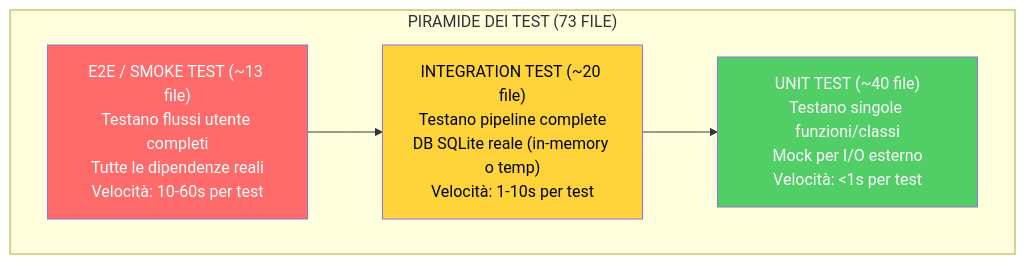
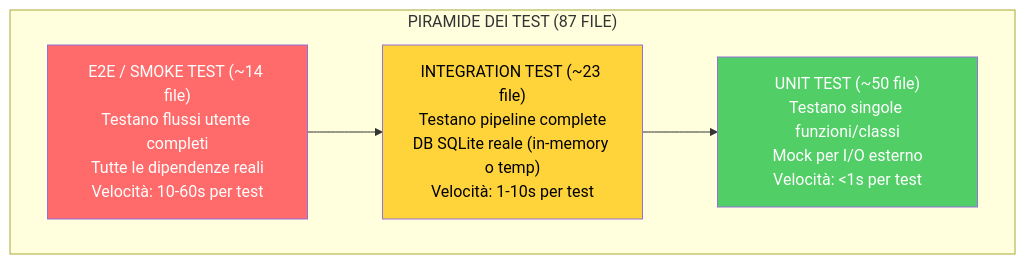
Diagram 42 of 55 in docs/Book-Coach-3.md (renanaugustomacena-ux/Counter-Strike-coach-AI), drawn with Mermaid before and after one commit. The commit also changed other lines of this file and 115 other files, not shown here.

````diff
--- a/docs/Book-Coach-3.md
+++ b/docs/Book-Coach-3.md
@@ -2238,12 +2238,12 @@
 ```mermaid
 flowchart TB
-    subgraph PYRAMID["PIRAMIDE DEI TEST (73 FILE)"]
-        UNIT["UNIT TEST (~40 file)<br/>Testano singole funzioni/classi<br/>Mock per I/O esterno<br/>Velocità: <1s per test"]
-        INTEG["INTEGRATION TEST (~20 file)<br/>Testano pipeline complete<br/>DB SQLite reale (in-memory o temp)<br/>Velocità: 1-10s per test"]
-        E2E["E2E / SMOKE TEST (~13 file)<br/>Testano flussi utente completi<br/>Tutte le dipendenze reali<br/>Velocità: 10-60s per test"]
+    subgraph PYRAMID["PIRAMIDE DEI TEST (87 FILE)"]
+        UNIT["UNIT TEST (~50 file)<br/>Testano singole funzioni/classi<br/>Mock per I/O esterno<br/>Velocità: <1s per test"]
+        INTEG["INTEGRATION TEST (~23 file)<br/>Testano pipeline complete<br/>DB SQLite reale (in-memory o temp)<br/>Velocità: 1-10s per test"]
+        E2E["E2E / SMOKE TEST (~14 file)<br/>Testano flussi utente completi<br/>Tutte le dipendenze reali<br/>Velocità: 10-60s per test"]
     end
     E2E --> INTEG --> UNIT
     style UNIT fill:#51cf66,color:#fff
     style INTEG fill:#ffd43b,color:#000
     style E2E fill:#ff6b6b,color:#fff
 ```
````
